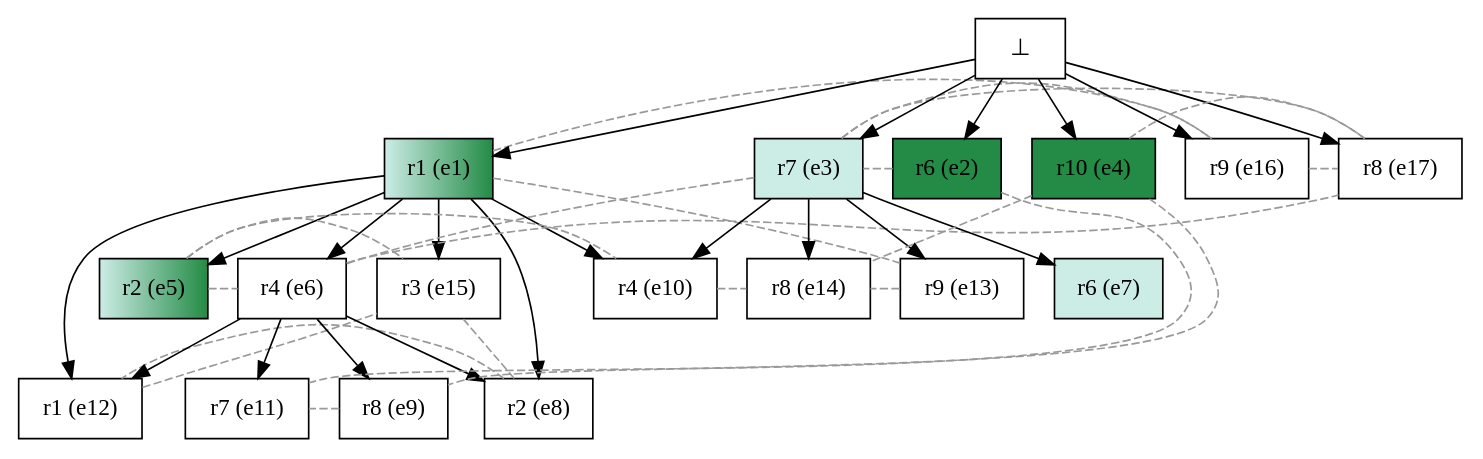
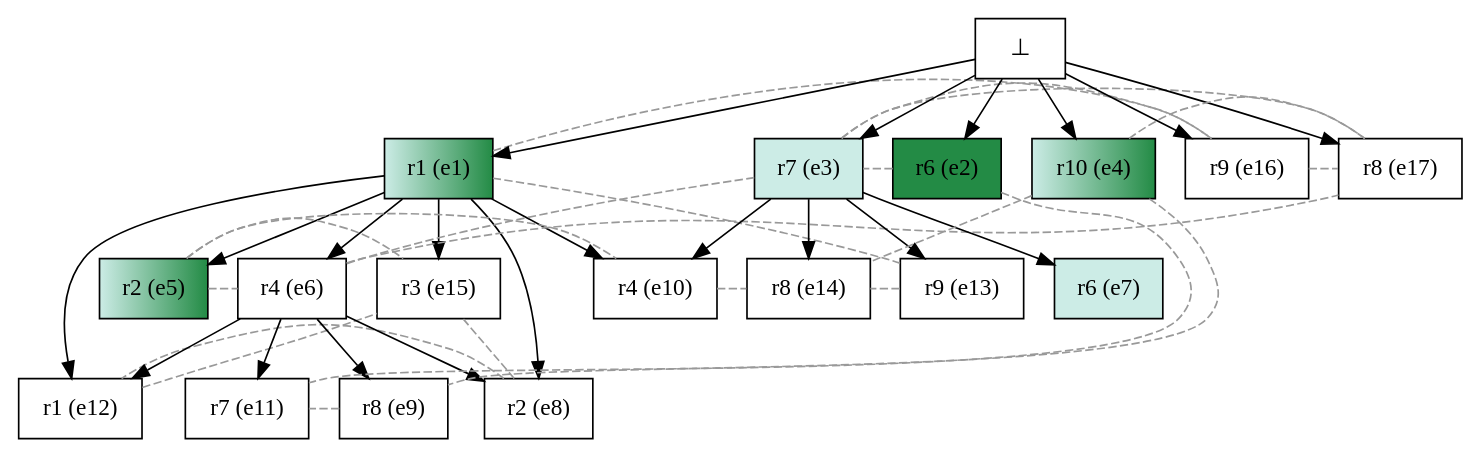
Before and after one commit to giannkas/ecofolder: the diagram in examples/protists/protists_apect/protists_pr_unf.dot, drawn with Graphviz. The commit also changed 75 other files, not shown here.

Commit message:
adding examples of urchins in Tasmania. Now one can specify a configuration to show its corresponding firing sequence and marking. No segmentation fault found!

```diff
--- a/examples/protists/protists_apect/protists_pr_unf.dot
+++ b/examples/protists/protists_apect/protists_pr_unf.dot
@@ -1,64 +1,64 @@
 digraph test {
   e1 -> e8;
   e1 -> e12;
   e1 -> e5;
   e1 -> e10;
   e1 -> e6;
   e1 -> e15;
   e3 -> e7;
   e3 -> e10;
   e3 -> e13;
   e3 -> e14;
   e6 -> e12;
   e6 -> e8;
   e6 -> e9;
   e6 -> e11;
   e0 -> e1;
   e0 -> e2;
   e0 -> e3;
   e0 -> e4;
   e0 -> e16;
   e0 -> e17;
 
 //conflicts
   e1 -> e13 [arrowhead=none color=gray60 style=dashed constraint=false];
   e1 -> e16 [arrowhead=none color=gray60 style=dashed constraint=false];
   e2 -> e3 [arrowhead=none color=gray60 style=dashed constraint=false];
   e2 -> e11 [arrowhead=none color=gray60 style=dashed constraint=false];
   e3 -> e6 [arrowhead=none color=gray60 style=dashed constraint=false];
   e3 -> e16 [arrowhead=none color=gray60 style=dashed constraint=false];
   e3 -> e17 [arrowhead=none color=gray60 style=dashed constraint=false];
   e4 -> e9 [arrowhead=none color=gray60 style=dashed constraint=false];
   e4 -> e14 [arrowhead=none color=gray60 style=dashed constraint=false];
   e4 -> e17 [arrowhead=none color=gray60 style=dashed constraint=false];
   e5 -> e6 [arrowhead=none color=gray60 style=dashed constraint=false];
   e5 -> e10 [arrowhead=none color=gray60 style=dashed constraint=false];
   e5 -> e15 [arrowhead=none color=gray60 style=dashed constraint=false];
   e6 -> e17 [arrowhead=none color=gray60 style=dashed constraint=false];
   e8 -> e12 [arrowhead=none color=gray60 style=dashed constraint=false];
   e8 -> e15 [arrowhead=none color=gray60 style=dashed constraint=false];
   e9 -> e11 [arrowhead=none color=gray60 style=dashed constraint=false];
   e10 -> e14 [arrowhead=none color=gray60 style=dashed constraint=false];
   e12 -> e15 [arrowhead=none color=gray60 style=dashed constraint=false];
   e13 -> e14 [arrowhead=none color=gray60 style=dashed constraint=false];
   e16 -> e17 [arrowhead=none color=gray60 style=dashed constraint=false];
 
   e1 [color="black" fillcolor="#ccece6:#238b45" gradientangle = 0 label="r1 (e1)" shape=box style=filled];
   e2 [color="black" fillcolor="#238b45" label="r6 (e2)" shape=box style=filled];
   e3 [color="black" fillcolor="#ccece6" label="r7 (e3)" shape=box style=filled];
-  e4 [color="black" fillcolor="#238b45" label="r10 (e4)" shape=box style=filled];
+  e4 [color="black" fillcolor="#ccece6:#238b45" gradientangle = 0 label="r10 (e4)" shape=box style=filled];
   e5 [color="black" fillcolor="#ccece6:#238b45" gradientangle = 0 label="r2 (e5)" shape=box style=filled];
   e6 [color="black" fillcolor="white" label="r4 (e6)" shape=box style=filled];
   e7 [color="black" fillcolor="#ccece6" label="r6 (e7)" shape=box style=filled];
   e8 [color="black" fillcolor="white" label="r2 (e8)" shape=box style=filled];
   e9 [color=black fillcolor="white" label="r8 (e9)" shape=box style=filled];
   e10 [color=black fillcolor="white" label="r4 (e10)" shape=box style=filled];
   e11 [color=black fillcolor="white" label="r7 (e11)" shape=box style=filled];
   e12 [color=black fillcolor="white" label="r1 (e12)" shape=box style=filled];
   e13 [color=black fillcolor="white" label="r9 (e13)" shape=box style=filled];
   e14 [color=black fillcolor="white" label="r8 (e14)" shape=box style=filled];
   e15 [color=black fillcolor="white" label="r3 (e15)" shape=box style=filled];
   e16 [color=black fillcolor="white" label="r9 (e16)" shape=box style=filled];
   e17 [color=black fillcolor="white" label="r8 (e17)" shape=box style=filled];
   e0 [fillcolor=white label="⊥" shape=box style=filled];
 }
```
